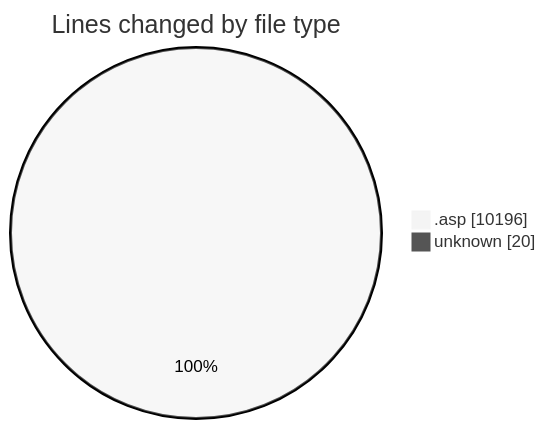
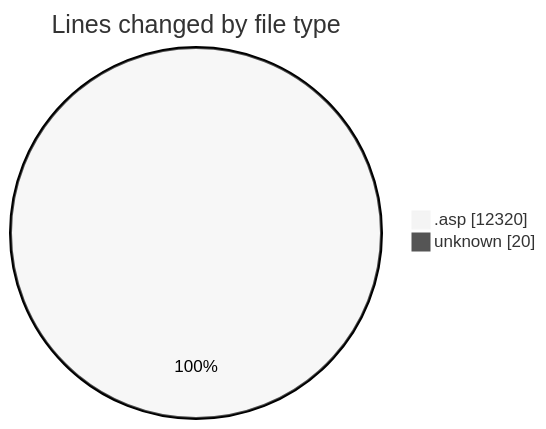
The first of 2 diagrams in 2025-10-27/cdp_aleoudev_fr__workspace_/README.md (julien-gomy/code-tracking), drawn with Mermaid (neutral theme) before and after one commit. The commit also changed other lines of this file and 1 other file, not shown here.

````diff
--- a/2025-10-27/cdp_aleoudev_fr__workspace_/README.md
+++ b/2025-10-27/cdp_aleoudev_fr__workspace_/README.md
@@ -31,6 +32,6 @@
 ```mermaid
 pie showData
 title Lines changed by file type
-".asp" : 10196
+".asp" : 12320
 "unknown" : 20
 ```
````
